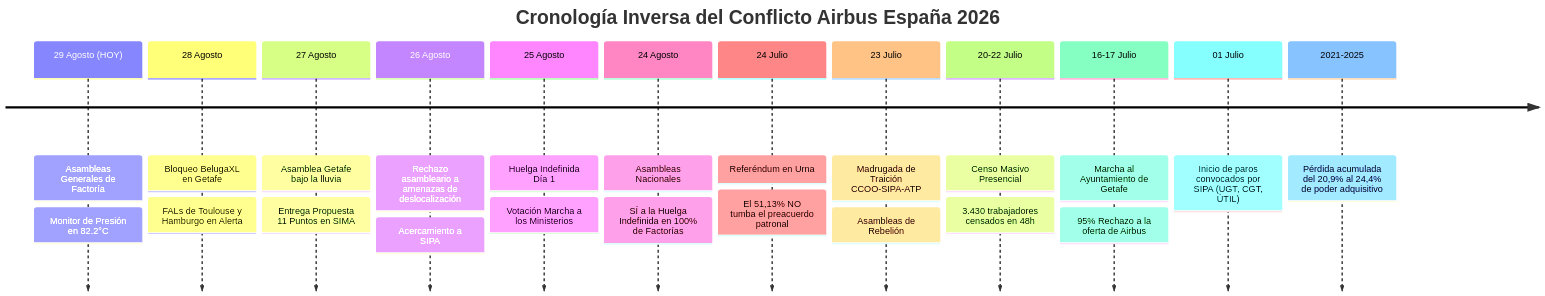
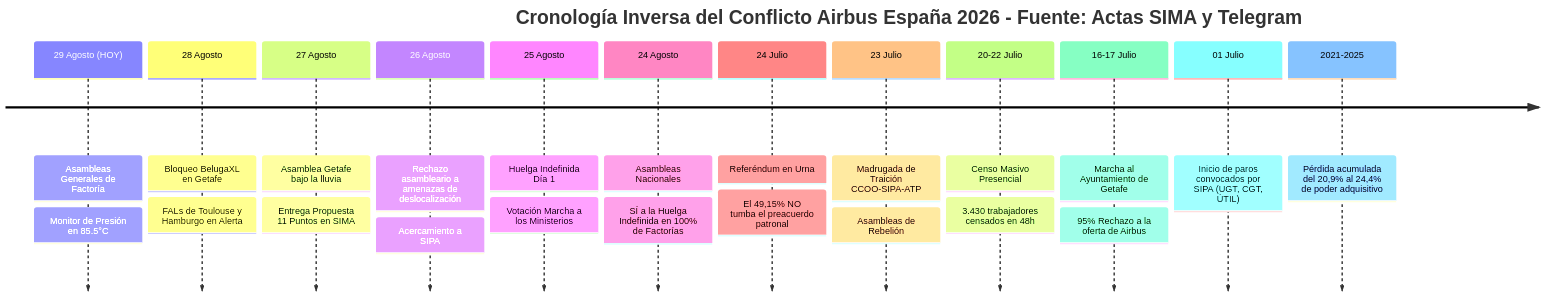
Before and after one commit to airbus-labor-analytics/airbus-strikes-analysis: the fourth of 4 diagrams in docs/Guia_Estrategica_Negociacion_Huelga_Airbus_2026.md, drawn with Mermaid. The commit also changed other lines of this file and 10 other files, not shown here.

````diff
--- a/docs/Guia_Estrategica_Negociacion_Huelga_Airbus_2026.md
+++ b/docs/Guia_Estrategica_Negociacion_Huelga_Airbus_2026.md
@@ -290,16 +323,16 @@
 ```mermaid
 timeline
-    title Cronología Inversa del Conflicto Airbus España 2026
-    29 Agosto (HOY) : Asambleas Generales de Factoría : Monitor de Presión en 82.2°C
+    title Cronología Inversa del Conflicto Airbus España 2026 - Fuente: Actas SIMA y Telegram
+    29 Agosto (HOY) : Asambleas Generales de Factoría : Monitor de Presión en 85.5°C
     28 Agosto : Bloqueo BelugaXL en Getafe : FALs de Toulouse y Hamburgo en Alerta
     27 Agosto : Asamblea Getafe bajo la lluvia : Entrega Propuesta 11 Puntos en SIMA
     26 Agosto : Rechazo asambleario a amenazas de deslocalización : Acercamiento a SIPA
     25 Agosto : Huelga Indefinida Día 1 : Votación Marcha a los Ministerios
     24 Agosto : Asambleas Nacionales : SÍ a la Huelga Indefinida en 100% de Factorías
-    24 Julio : Referéndum en Urna : El 51,13% NO tumba el preacuerdo patronal
+    24 Julio : Referéndum en Urna : El 49,15% NO tumba el preacuerdo patronal
     23 Julio : Madrugada de Traición CCOO-SIPA-ATP : Asambleas de Rebelión
     20-22 Julio : Censo Masivo Presencial : 3.430 trabajadores censados en 48h
     16-17 Julio : Marcha al Ayuntamiento de Getafe : 95% Rechazo a la oferta de Airbus
     01 Julio : Inicio de paros convocados por SIPA (UGT, CGT, ÚTIL)
     2021-2025 : Pérdida acumulada del 20,9% al 24,4% de poder adquisitivo
 ```
````
